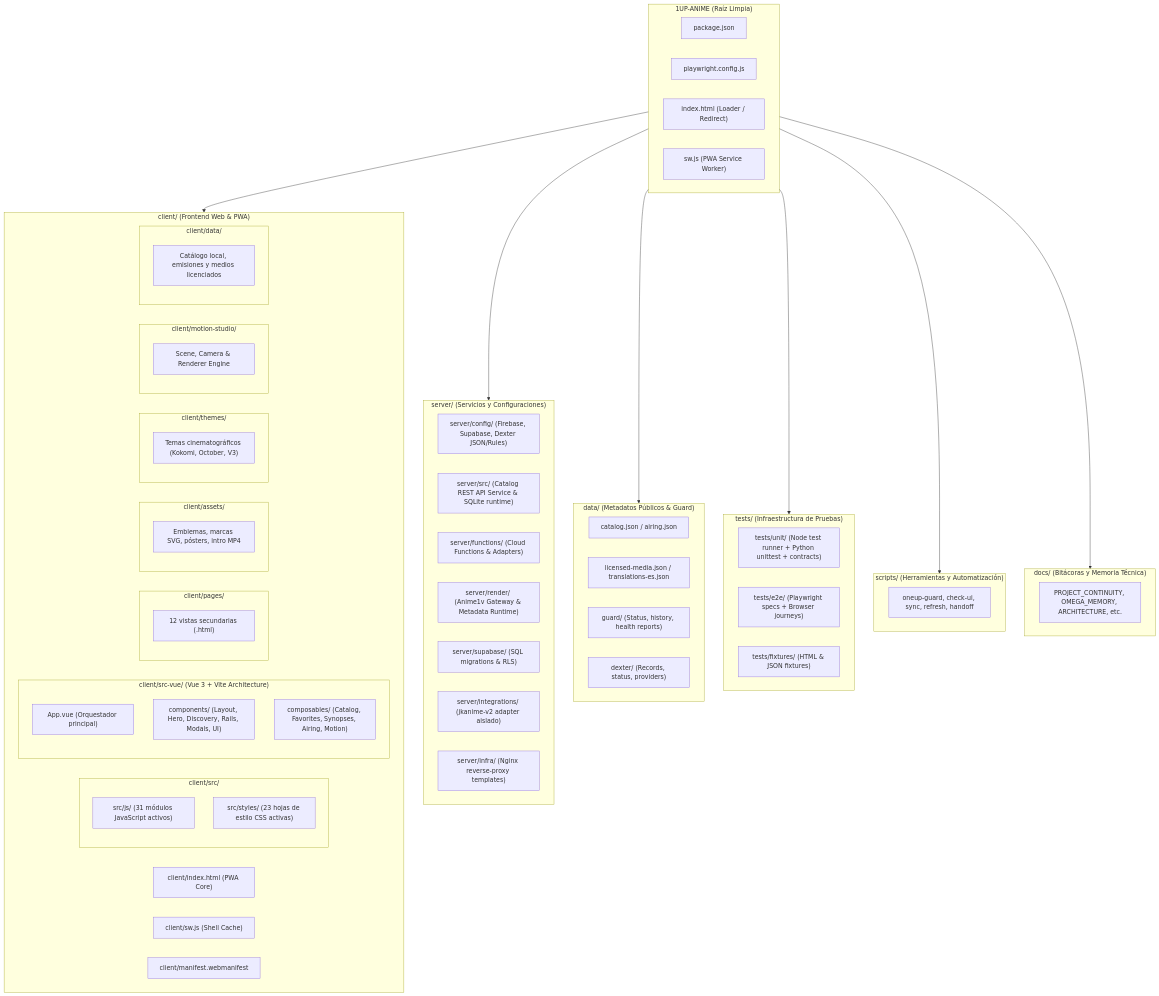
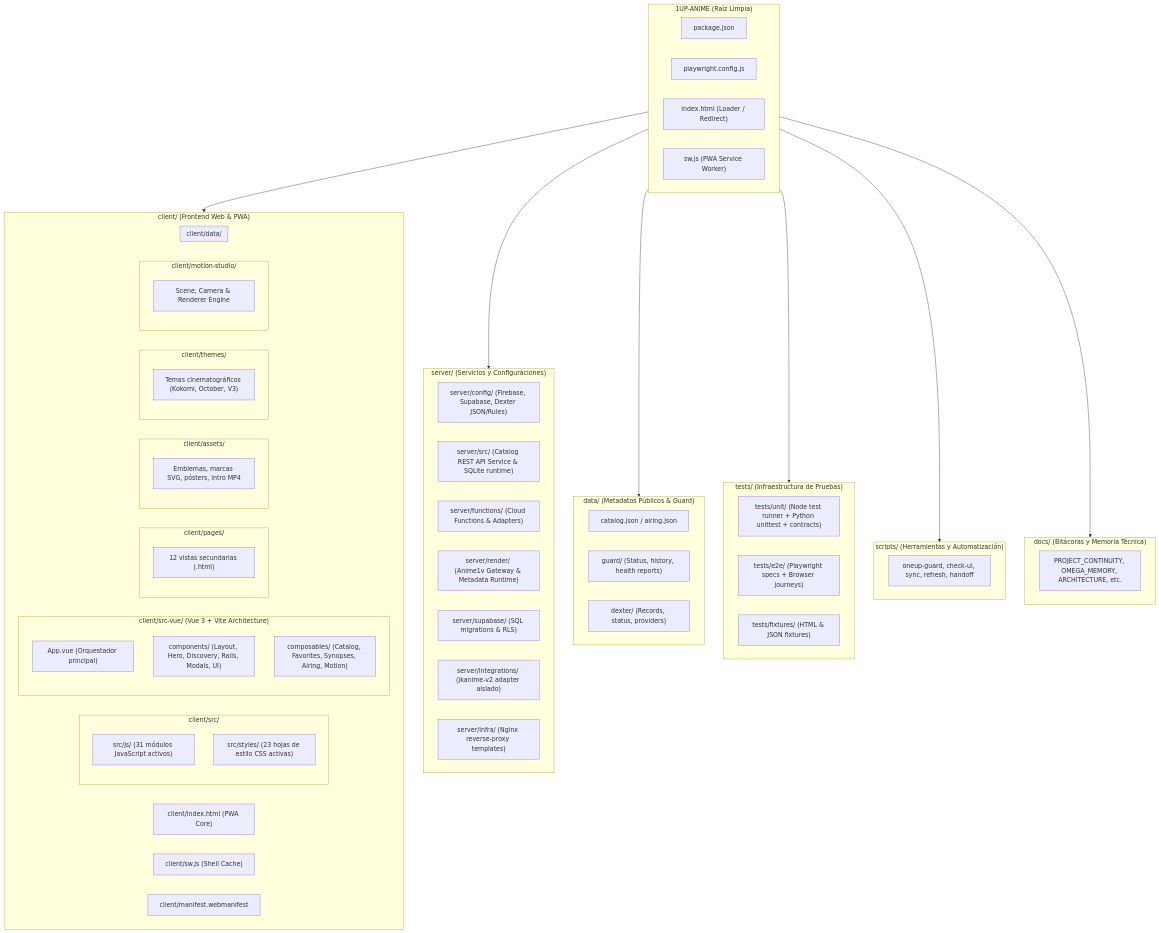
The diagram in docs/ARCHITECTURE.md (H4CKLABORATORY/1UP-ANIME), drawn with Mermaid before and after one commit. The commit also changed other lines of this file and 134 other files, not shown here.

````diff
--- a/docs/ARCHITECTURE.md
+++ b/docs/ARCHITECTURE.md
@@ -13,84 +11,82 @@
 ```mermaid
 flowchart TD
-    subgraph Root ["1UP-ANIME (Raíz Limpia)"]
-        PKG["package.json"]
-        PW["playwright.config.js"]
-        RED["index.html (Loader / Redirect)"]
-        SW["sw.js (PWA Service Worker)"]
-    end
-
-    subgraph ClientContainer ["client/ (Frontend Web & PWA)"]
-        C_INDEX["client/index.html (PWA Core)"]
-        C_SW["client/sw.js (Shell Cache)"]
-        C_MAN["client/manifest.webmanifest"]
-        
-        subgraph ClientSrc ["client/src/"]
-            JS["src/js/ (31 módulos JavaScript activos)"]
-            CSS["src/styles/ (23 hojas de estilo CSS activas)"]
+        subgraph Root ["1UP-ANIME (Raíz Limpia)"]
+                PKG["package.json"]
+                PW["playwright.config.js"]
+                RED["index.html (Loader / Redirect)"]
+                SW["sw.js (PWA Service Worker)"]
         end
 
-        subgraph ClientVue ["client/src-vue/ (Vue 3 + Vite Architecture)"]
-            V_APP["App.vue (Orquestador principal)"]
-            V_COMP["components/ (Layout, Hero, Discovery, Rails, Modals, UI)"]
-            V_COMPOS["composables/ (Catalog, Favorites, Synopses, Airing, Motion)"]
-        end
+        subgraph ClientContainer ["client/ (Frontend Web & PWA)"]
+                C_INDEX["client/index.html (PWA Core)"]
+                C_SW["client/sw.js (Shell Cache)"]
+                C_MAN["client/manifest.webmanifest"]
         
-        subgraph ClientPages ["client/pages/"]
-            PAGES["12 vistas secundarias (.html)"]
+                subgraph ClientSrc ["client/src/"]
+                        JS["src/js/ (31 módulos JavaScript activos)"]
+                        CSS["src/styles/ (23 hojas de estilo CSS activas)"]
+                end
+
+                subgraph ClientVue ["client/src-vue/ (Vue 3 + Vite Architecture)"]
+                        V_APP["App.vue (Orquestador principal)"]
+                        V_COMP["components/ (Layout, Hero, Discovery, Rails, Modals, UI)"]
+                        V_COMPOS["composables/ (Catalog, Favorites, Synopses, Airing, Motion)"]
+                end
+        
+                subgraph ClientPages ["client/pages/"]
+                        PAGES["12 vistas secundarias (.html)"]
+                end
+
+                subgraph ClientAssets ["client/assets/"]
+                        ASSETS["Emblemas, marcas SVG, pósters, intro MP4"]
+                end
+
+                subgraph ClientThemes ["client/themes/"]
+                        THEMES["Temas cinematográficos (Kokomi, October, V3)"]
+                end
+
+                subgraph ClientMotion ["client/motion-studio/"]
+                        MOTION["Scene, Camera & Renderer Engine"]
+                end
+
+                subgraph ClientData ["client/data/"]
+                end
         end
 
-        subgraph ClientAssets ["client/assets/"]
-            ASSETS["Emblemas, marcas SVG, pósters, intro MP4"]
+        subgraph ServerContainer ["server/ (Servicios y Configuraciones)"]
+                S_CONF["server/config/ (Firebase, Supabase, Dexter JSON/Rules)"]
+                S_SRC["server/src/ (Catalog REST API Service & SQLite runtime)"]
+                S_FUNC["server/functions/ (Cloud Functions & Adapters)"]
+                S_REND["server/render/ (Anime1v Gateway & Metadata Runtime)"]
+                S_SUPA["server/supabase/ (SQL migrations & RLS)"]
+                S_INTE["server/integrations/ (jkanime-v2 adapter aislado)"]
+                S_INFR["server/infra/ (Nginx reverse-proxy templates)"]
         end
 
-        subgraph ClientThemes ["client/themes/"]
-            THEMES["Temas cinematográficos (Kokomi, October, V3)"]
+        subgraph DataContainer ["data/ (Metadatos Públicos & Guard)"]
+                D_CAT["catalog.json / airing.json"]
+                D_GRD["guard/ (Status, history, health reports)"]
+                D_DEX["dexter/ (Records, status, providers)"]
         end
 
-        subgraph ClientMotion ["client/motion-studio/"]
-            MOTION["Scene, Camera & Renderer Engine"]
+        subgraph TestsContainer ["tests/ (Infraestructura de Pruebas)"]
+                T_UNIT["tests/unit/ (Node test runner + Python unittest + contracts)"]
+                T_E2E["tests/e2e/ (Playwright specs + Browser journeys)"]
+                T_FIX["tests/fixtures/ (HTML & JSON fixtures)"]
         end
 
-        subgraph ClientData ["client/data/"]
-            CDATA["Catálogo local, emisiones y medios licenciados"]
+        subgraph ScriptsContainer ["scripts/ (Herramientas y Automatización)"]
+                SCRIPTS["oneup-guard, check-ui, sync, refresh, handoff"]
         end
-    end
 
-    subgraph ServerContainer ["server/ (Servicios y Configuraciones)"]
-        S_CONF["server/config/ (Firebase, Supabase, Dexter JSON/Rules)"]
-        S_SRC["server/src/ (Catalog REST API Service & SQLite runtime)"]
-        S_FUNC["server/functions/ (Cloud Functions & Adapters)"]
-        S_REND["server/render/ (Anime1v Gateway & Metadata Runtime)"]
-        S_SUPA["server/supabase/ (SQL migrations & RLS)"]
-        S_INTE["server/integrations/ (jkanime-v2 adapter aislado)"]
-        S_INFR["server/infra/ (Nginx reverse-proxy templates)"]
-    end
+        subgraph DocsContainer ["docs/ (Bitácoras y Memoria Técnica)"]
+                DOCS["PROJECT_CONTINUITY, OMEGA_MEMORY, ARCHITECTURE, etc."]
+        end
 
-    subgraph DataContainer ["data/ (Metadatos Públicos & Guard)"]
-        D_CAT["catalog.json / airing.json"]
-        D_MED["licensed-media.json / translations-es.json"]
-        D_GRD["guard/ (Status, history, health reports)"]
-        D_DEX["dexter/ (Records, status, providers)"]
-    end
-
-    subgraph TestsContainer ["tests/ (Infraestructura de Pruebas)"]
-        T_UNIT["tests/unit/ (Node test runner + Python unittest + contracts)"]
-        T_E2E["tests/e2e/ (Playwright specs + Browser journeys)"]
-        T_FIX["tests/fixtures/ (HTML & JSON fixtures)"]
-    end
-
-    subgraph ScriptsContainer ["scripts/ (Herramientas y Automatización)"]
-        SCRIPTS["oneup-guard, check-ui, sync, refresh, handoff"]
-    end
-
-    subgraph DocsContainer ["docs/ (Bitácoras y Memoria Técnica)"]
-        DOCS["PROJECT_CONTINUITY, OMEGA_MEMORY, ARCHITECTURE, etc."]
-    end
-
-    Root --> ClientContainer
-    Root --> ServerContainer
-    Root --> DataContainer
-    Root --> TestsContainer
-    Root --> ScriptsContainer
-    Root --> DocsContainer
+        Root --> ClientContainer
+        Root --> ServerContainer
+        Root --> DataContainer
+        Root --> TestsContainer
+        Root --> ScriptsContainer
+        Root --> DocsContainer
 ```
````
